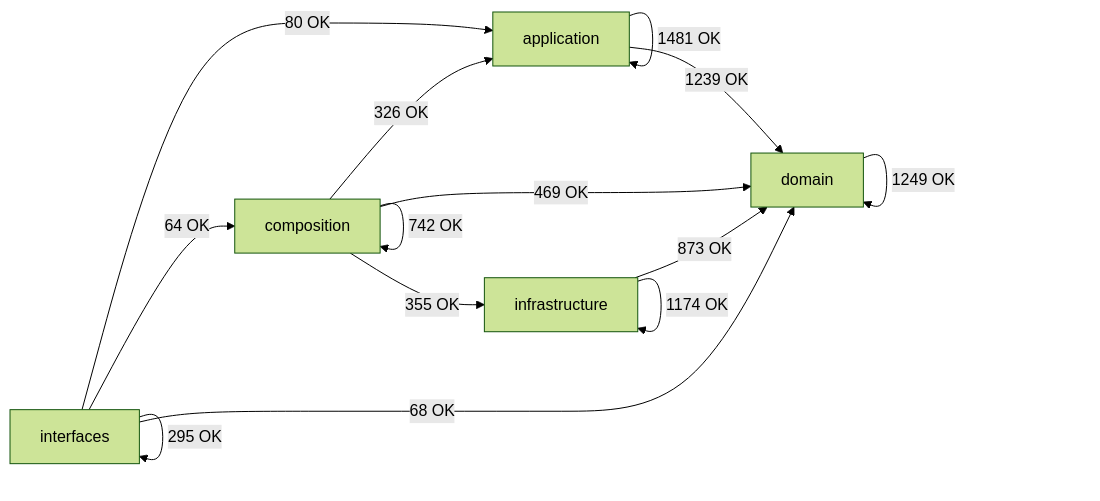
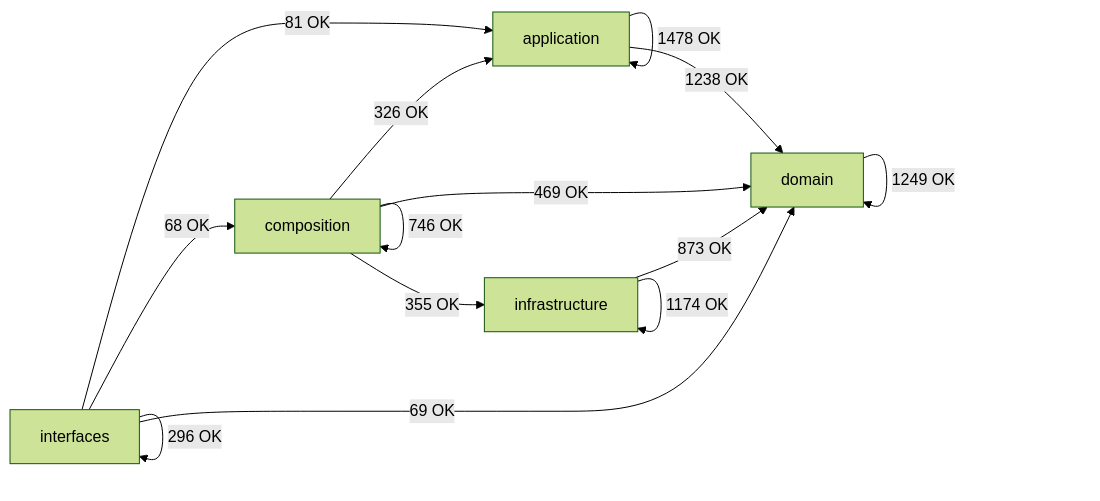
Before and after one commit to SatoryKono/BioactivityDataAcquisition: the diagram in docs/02-architecture/generated/module-dependency-map.md, drawn with Mermaid (forest theme). The commit also changed other lines of this file and 186 other files, not shown here.

````diff
--- a/docs/02-architecture/generated/module-dependency-map.md
+++ b/docs/02-architecture/generated/module-dependency-map.md
@@ -17,21 +17,21 @@
 ```mermaid
 flowchart LR
     domain[domain]
     application[application]
     infrastructure[infrastructure]
     composition[composition]
     interfaces[interfaces]
-    application -->|1481 OK| application
-    application -->|1239 OK| domain
+    application -->|1478 OK| application
+    application -->|1238 OK| domain
     composition -->|326 OK| application
-    composition -->|742 OK| composition
+    composition -->|746 OK| composition
     composition -->|469 OK| domain
     composition -->|355 OK| infrastructure
     domain -->|1249 OK| domain
     infrastructure -->|873 OK| domain
     infrastructure -->|1174 OK| infrastructure
-    interfaces -->|80 OK| application
-    interfaces -->|64 OK| composition
-    interfaces -->|68 OK| domain
-    interfaces -->|295 OK| interfaces
+    interfaces -->|81 OK| application
+    interfaces -->|68 OK| composition
+    interfaces -->|69 OK| domain
+    interfaces -->|296 OK| interfaces
 ```
````
